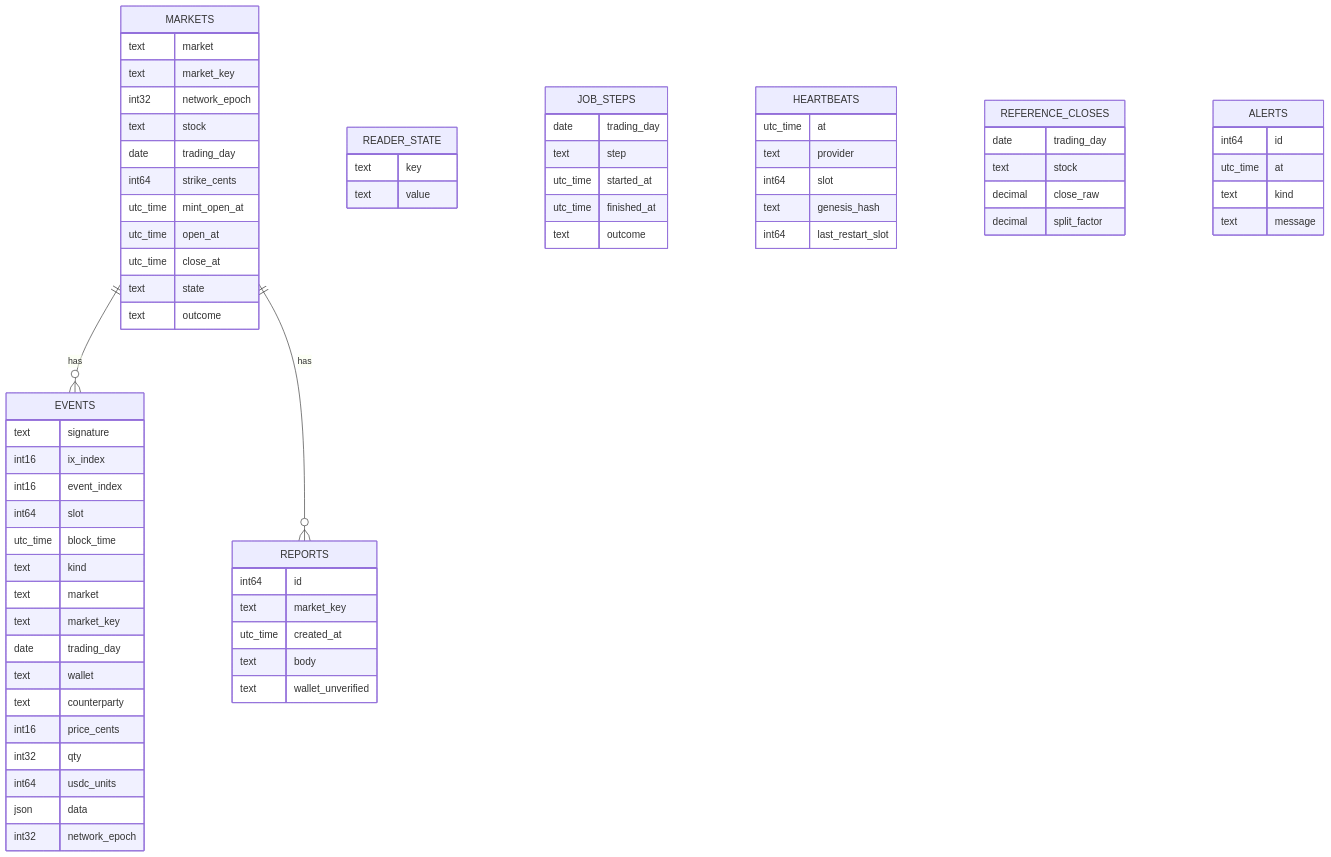
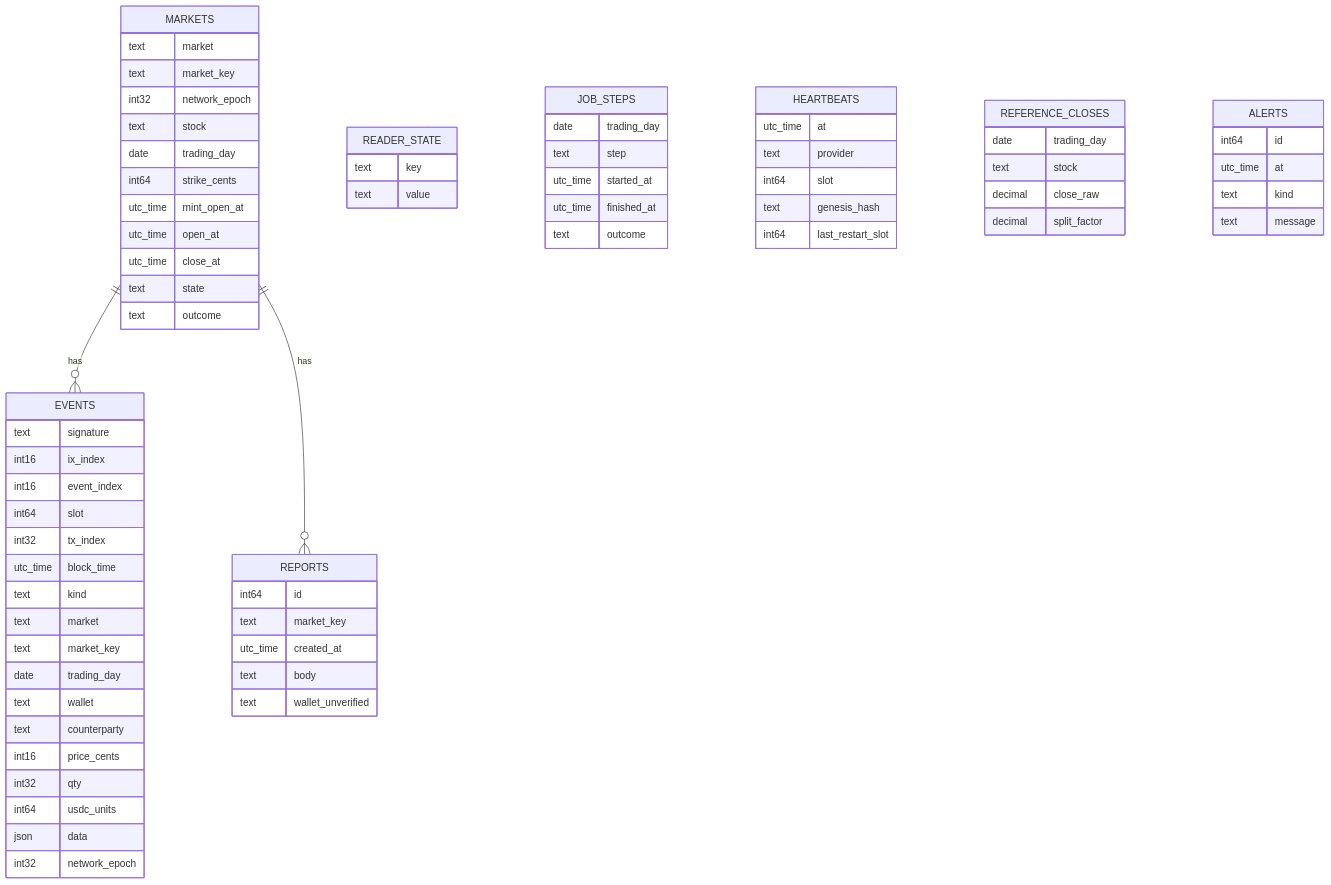
One commit to joshuatagoe/binary-stock-outcome changed the sixth of 9 diagrams in docs/ARCHITECTURE.md. Above: the diagram before and after it, drawn with Mermaid. The commit also changed other lines of this file and 27 other files, not shown here.

````diff
--- a/docs/ARCHITECTURE.md
+++ b/docs/ARCHITECTURE.md
@@ -627,73 +627,74 @@
 ```mermaid
 erDiagram
   EVENTS {
     text signature
     int16 ix_index
     int16 event_index
     int64 slot
+    int32 tx_index
     utc_time block_time
     text kind
     text market
     text market_key
     date trading_day
     text wallet
     text counterparty
     int16 price_cents
     int32 qty
     int64 usdc_units
     json data
     int32 network_epoch
   }
   MARKETS {
     text market
     text market_key
     int32 network_epoch
     text stock
     date trading_day
     int64 strike_cents
     utc_time mint_open_at
     utc_time open_at
     utc_time close_at
     text state
     text outcome
   }
   READER_STATE {
     text key
     text value
   }
   JOB_STEPS {
     date trading_day
     text step
     utc_time started_at
     utc_time finished_at
     text outcome
   }
   HEARTBEATS {
     utc_time at
     text provider
     int64 slot
     text genesis_hash
     int64 last_restart_slot
   }
   REFERENCE_CLOSES {
     date trading_day
     text stock
     decimal close_raw
     decimal split_factor
   }
   REPORTS {
     int64 id
     text market_key
     utc_time created_at
     text body
     text wallet_unverified
   }
   ALERTS {
     int64 id
     utc_time at
     text kind
     text message
   }
   MARKETS ||--o{ EVENTS : "has"
   MARKETS ||--o{ REPORTS : "has"
 ```
````
